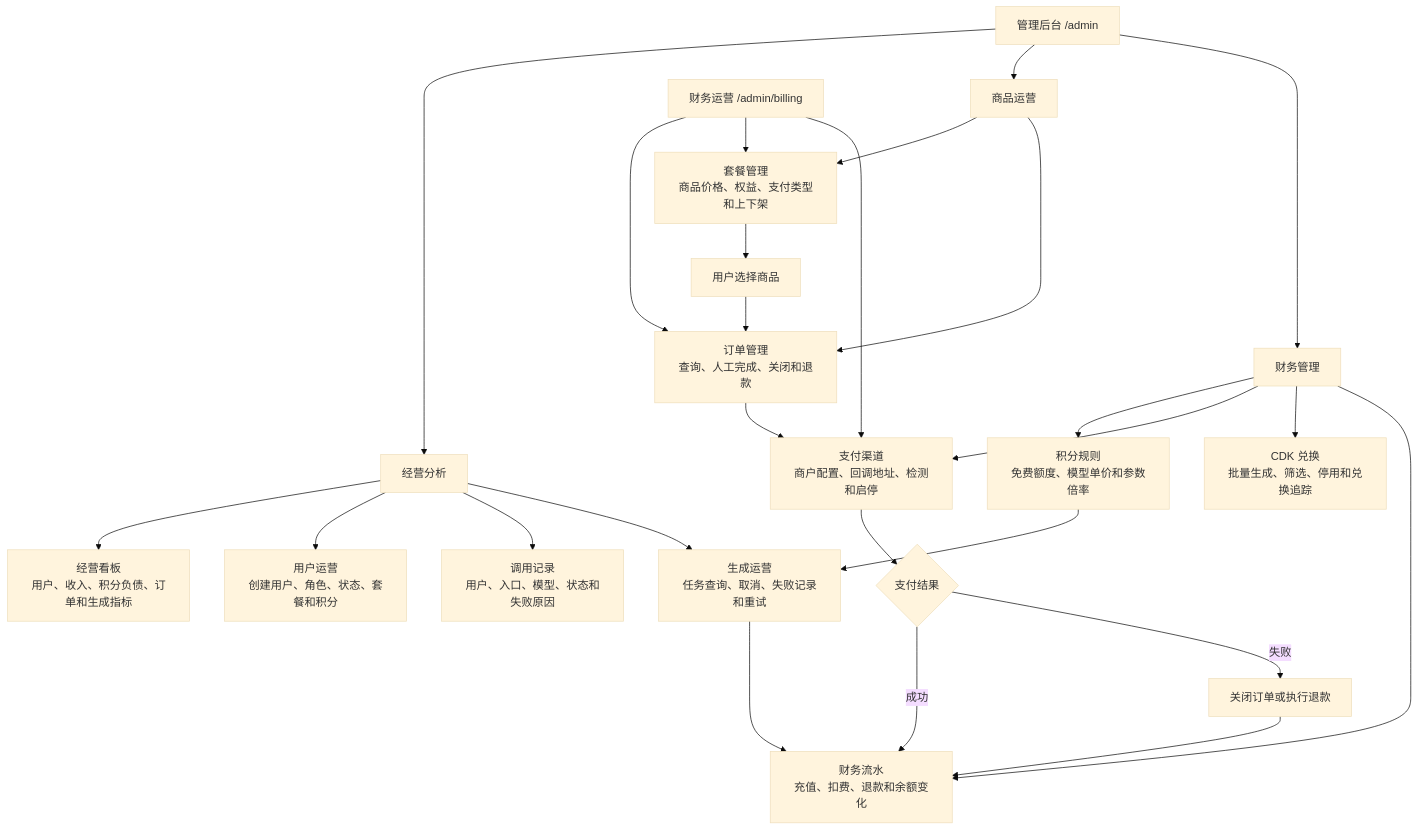
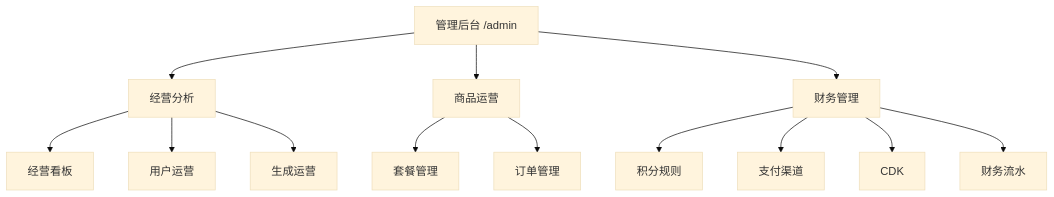
Before and after one commit to jiujiu532/JoveCanvas: the seventh of 9 diagrams in README.md, drawn with Mermaid (base theme). The commit also changed other lines of this file and 1 other file, not shown here.

````diff
--- a/README.md
+++ b/README.md
@@ -267,35 +227,16 @@
 ```mermaid
 flowchart TB
     ADMIN["管理后台 /admin"] --> ANALYSIS["经营分析"]
     ADMIN --> PRODUCT["商品运营"]
     ADMIN --> FINANCE["财务管理"]
 
-    ANALYSIS --> OVERVIEW["经营看板<br/>用户、收入、积分负债、订单和生成指标"]
-    ANALYSIS --> USERS["用户运营<br/>创建用户、角色、状态、套餐和积分"]
-    ANALYSIS --> LOGS["调用记录<br/>用户、入口、模型、状态和失败原因"]
-    ANALYSIS --> GENERATION["生成运营<br/>任务查询、取消、失败记录和重试"]
-
-    PRODUCT --> PRODUCTS["套餐管理<br/>商品价格、权益、支付类型和上下架"]
-    PRODUCT --> ORDERS["订单管理<br/>查询、人工完成、关闭和退款"]
-
-    FINANCE --> POINTS["积分规则<br/>免费额度、模型单价和参数倍率"]
-    FINANCE --> PAYMENTS["支付渠道<br/>商户配置、回调地址、检测和启停"]
-    FINANCE --> CDK["CDK 兑换<br/>批量生成、筛选、停用和兑换追踪"]
-    FINANCE --> WALLET["财务流水<br/>充值、扣费、退款和余额变化"]
-
-    BILLING_ADMIN["财务运营 /admin/billing"] --> ORDERS
-    BILLING_ADMIN --> PRODUCTS
-    BILLING_ADMIN --> PAYMENTS
-
-    PRODUCTS --> USER_BUY["用户选择商品"]
-    USER_BUY --> ORDERS
-    ORDERS --> PAYMENTS
-    PAYMENTS --> PAY_RESULT{"支付结果"}
-
-    PAY_RESULT -->|成功| WALLET
-    PAY_RESULT -->|失败| REFUND["关闭订单或执行退款"]
-    REFUND --> WALLET
-
-    POINTS --> GENERATION
-    GENERATION --> WALLET
+    ANALYSIS --> OVERVIEW["经营看板"]
+    ANALYSIS --> USERS["用户运营"]
+    ANALYSIS --> GENERATION["生成运营"]
+    PRODUCT --> PRODUCTS["套餐管理"]
+    PRODUCT --> ORDERS["订单管理"]
+    FINANCE --> POINTS["积分规则"]
+    FINANCE --> PAYMENTS["支付渠道"]
+    FINANCE --> CDK["CDK"]
+    FINANCE --> WALLET["财务流水"]
 ```
````
